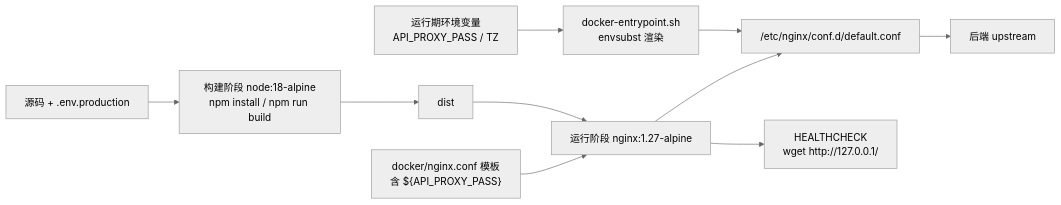
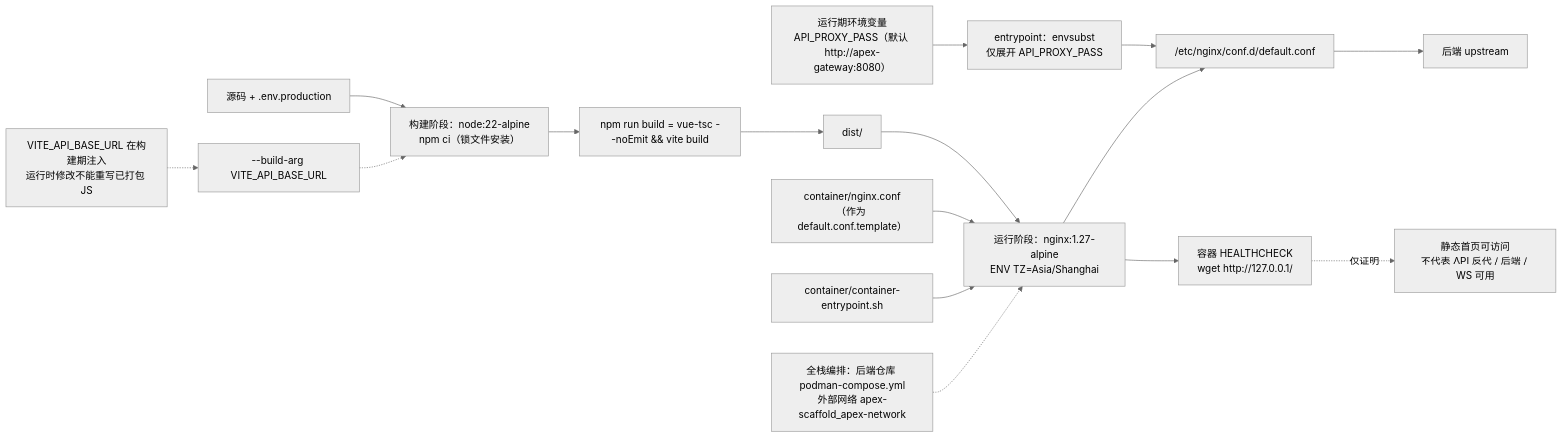
One commit to apex-cloud-service/apex-admin-web changed the diagram in docs/diagrams/guides-deployment-02.mmd. Above: the diagram before and after it, drawn with Mermaid (neutral theme). The commit also changed 149 other files, not shown here.

First line of the commit message:
docs(governance): FE-033 全仓文档/脚本/配置目录重组与图表重制收口

```diff
--- a/docs/diagrams/guides-deployment-02.mmd
+++ b/docs/diagrams/guides-deployment-02.mmd
@@ -1,10 +1,20 @@
 flowchart LR
-    SRC[源码 + .env.production] --> B1[构建阶段 node:18-alpine<br/>npm install / npm run build]
-    B1 --> DIST[dist]
-    DIST --> R1[运行阶段 nginx:1.27-alpine]
-    TPL["docker/nginx.conf 模板<br/>含 ${API_PROXY_PASS}"] --> R1
-    ENV1[运行期环境变量<br/>API_PROXY_PASS / TZ] --> EP[docker-entrypoint.sh<br/>envsubst 渲染]
+    SRC["源码 + .env.production"] --> B1["构建阶段：node:22-alpine<br/>npm ci（锁文件安装）"]
+    ARG["--build-arg VITE_API_BASE_URL"] -.-> B1
+    B1 --> TC["npm run build = vue-tsc --noEmit && vite build"]
+    TC --> DIST["dist/"]
+
+    DIST --> R1["运行阶段：nginx:1.27-alpine<br/>ENV TZ=Asia/Shanghai"]
+
+    TPL["container/nginx.conf<br/>（作为 default.conf.template）"] --> R1
+    EPF["container/container-entrypoint.sh"] --> R1
+    ENV1["运行期环境变量<br/>API_PROXY_PASS（默认 http://apex-gateway:8080）"] --> EP["entrypoint：envsubst<br/>仅展开 API_PROXY_PASS"]
     EP --> CONF["/etc/nginx/conf.d/default.conf"]
     R1 --> CONF
-    CONF --> UP[后端 upstream]
-    R1 --> HC[HEALTHCHECK<br/>wget http://127.0.0.1/]
+    CONF --> UP["后端 upstream"]
+
+    R1 --> HC["容器 HEALTHCHECK<br/>wget http://127.0.0.1/"]
+    HC -.仅证明.-> HC2["静态首页可访问<br/>不代表 API 反代 / 后端 / WS 可用"]
+
+    CMP["全栈编排：后端仓库 podman-compose.yml<br/>外部网络 apex-scaffold_apex-network"] -.-> R1
+    NOTE["VITE_API_BASE_URL 在构建期注入<br/>运行时修改不能重写已打包 JS"] -.-> ARG
```
